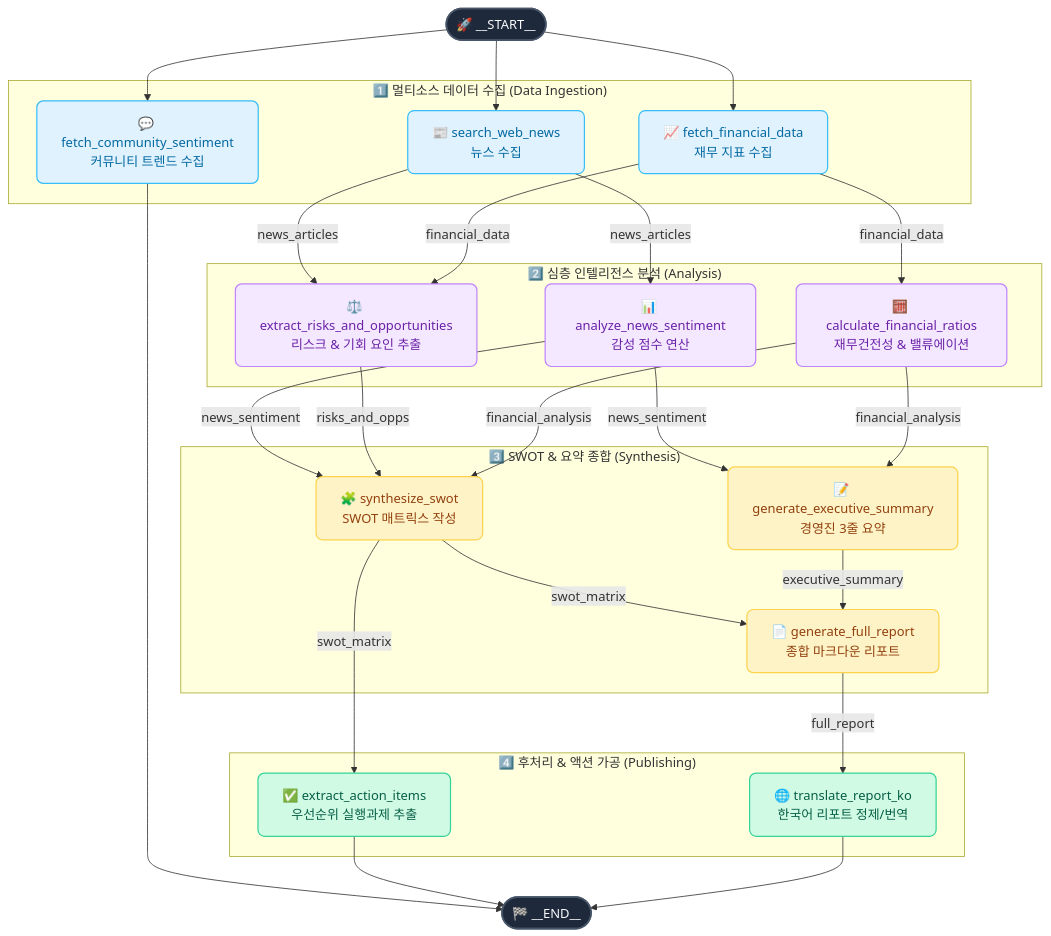
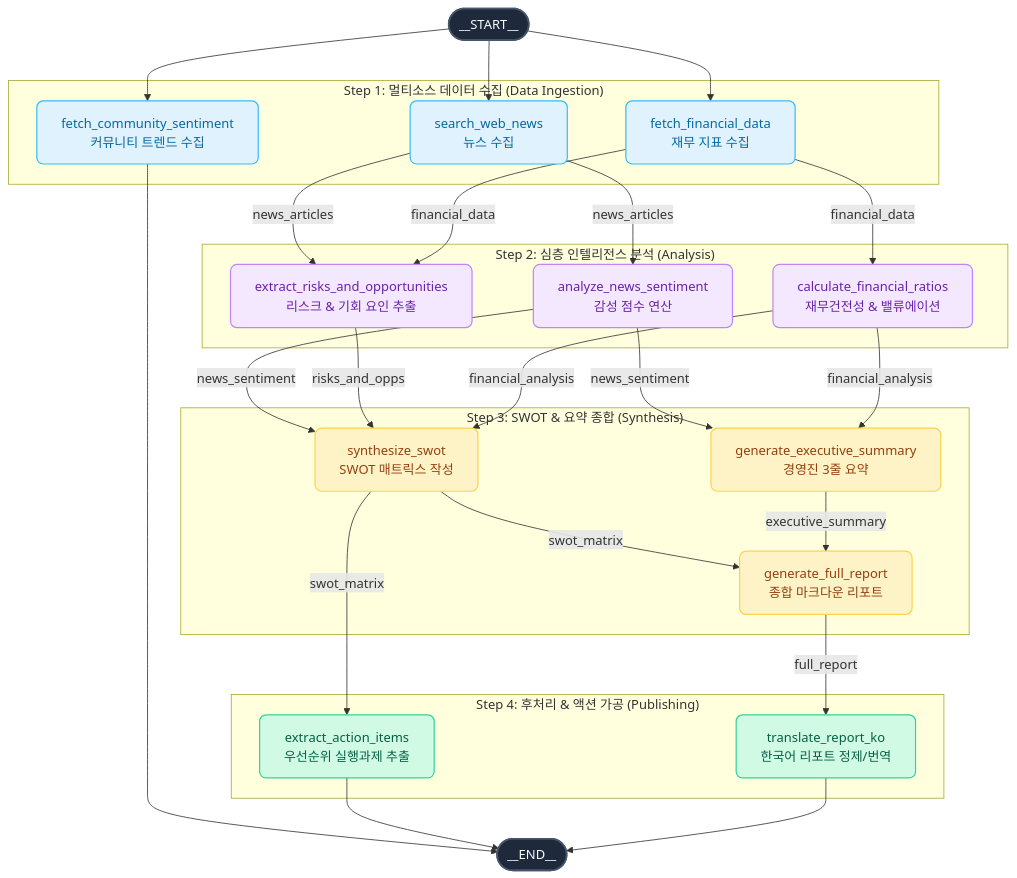
One commit to Jacob-9909/DAG changed the second of 2 diagrams in README.md. Above: the diagram before and after it, drawn with Mermaid. The commit also changed other lines of this file, not shown here.

Commit message:
docs: remove emojis from Mermaid diagrams in README

````diff
--- a/README.md
+++ b/README.md
@@ -35,60 +35,60 @@
 ```mermaid
 flowchart TD
     classDef startEnd fill:#1e293b,color:#f8fafc,stroke:#475569,stroke-width:2px,rx:10px;
     classDef ingest fill:#e0f2fe,color:#0369a1,stroke:#38bdf8,stroke-width:1.5px,rx:8px;
     classDef analyze fill:#f3e8ff,color:#6b21a8,stroke:#c084fc,stroke-width:1.5px,rx:8px;
     classDef synth fill:#fef3c7,color:#92400e,stroke:#fcd34d,stroke-width:1.5px,rx:8px;
     classDef pub fill:#d1fae5,color:#065f46,stroke:#34d399,stroke-width:1.5px,rx:8px;
 
-    START(["🚀 __START__"]):::startEnd
+    START(["__START__"]):::startEnd
 
-    subgraph Step1 ["1️⃣ 멀티소스 데이터 수집 (Data Ingestion)"]
-        N1["📰 search_web_news<br/>뉴스 수집"]:::ingest
-        N2["📈 fetch_financial_data<br/>재무 지표 수집"]:::ingest
-        N3["💬 fetch_community_sentiment<br/>커뮤니티 트렌드 수집"]:::ingest
+    subgraph Step1 ["Step 1: 멀티소스 데이터 수집 (Data Ingestion)"]
+        N1["search_web_news<br/>뉴스 수집"]:::ingest
+        N2["fetch_financial_data<br/>재무 지표 수집"]:::ingest
+        N3["fetch_community_sentiment<br/>커뮤니티 트렌드 수집"]:::ingest
     end
 
-    subgraph Step2 ["2️⃣ 심층 인텔리전스 분석 (Analysis)"]
-        N4["📊 analyze_news_sentiment<br/>감성 점수 연산"]:::analyze
-        N5["⚖️ extract_risks_and_opportunities<br/>리스크 & 기회 요인 추출"]:::analyze
-        N6["🧮 calculate_financial_ratios<br/>재무건전성 & 밸류에이션"]:::analyze
+    subgraph Step2 ["Step 2: 심층 인텔리전스 분석 (Analysis)"]
+        N4["analyze_news_sentiment<br/>감성 점수 연산"]:::analyze
+        N5["extract_risks_and_opportunities<br/>리스크 & 기회 요인 추출"]:::analyze
+        N6["calculate_financial_ratios<br/>재무건전성 & 밸류에이션"]:::analyze
     end
 
-    subgraph Step3 ["3️⃣ SWOT & 요약 종합 (Synthesis)"]
-        N7["🧩 synthesize_swot<br/>SWOT 매트릭스 작성"]:::synth
-        N8["📝 generate_executive_summary<br/>경영진 3줄 요약"]:::synth
-        N9["📄 generate_full_report<br/>종합 마크다운 리포트"]:::synth
+    subgraph Step3 ["Step 3: SWOT & 요약 종합 (Synthesis)"]
+        N7["synthesize_swot<br/>SWOT 매트릭스 작성"]:::synth
+        N8["generate_executive_summary<br/>경영진 3줄 요약"]:::synth
+        N9["generate_full_report<br/>종합 마크다운 리포트"]:::synth
     end
 
-    subgraph Step4 ["4️⃣ 후처리 & 액션 가공 (Publishing)"]
-        N10["✅ extract_action_items<br/>우선순위 실행과제 추출"]:::pub
-        N11["🌐 translate_report_ko<br/>한국어 리포트 정제/번역"]:::pub
+    subgraph Step4 ["Step 4: 후처리 & 액션 가공 (Publishing)"]
+        N10["extract_action_items<br/>우선순위 실행과제 추출"]:::pub
+        N11["translate_report_ko<br/>한국어 리포트 정제/번역"]:::pub
     end
 
-    END(["🏁 __END__"]):::startEnd
+    END(["__END__"]):::startEnd
 
     START --> N1
     START --> N2
     START --> N3
 
     N1 -->|news_articles| N4
     N1 -->|news_articles| N5
     N2 -->|financial_data| N5
     N2 -->|financial_data| N6
 
     N4 -->|news_sentiment| N7
     N5 -->|risks_and_opps| N7
     N6 -->|financial_analysis| N7
     N4 -->|news_sentiment| N8
     N6 -->|financial_analysis| N8
 
     N7 -->|swot_matrix| N9
     N8 -->|executive_summary| N9
 
     N7 -->|swot_matrix| N10
     N9 -->|full_report| N11
 
     N3 --> END
     N10 --> END
     N11 --> END
 ```
````
